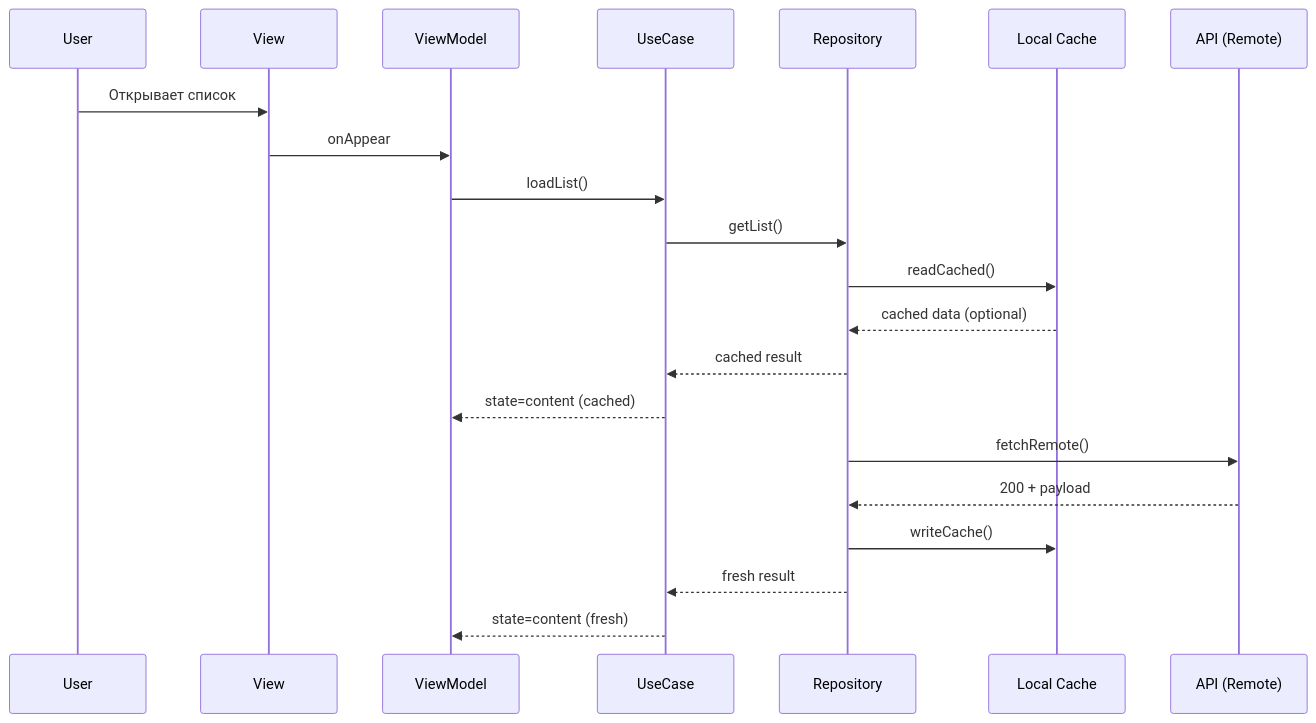
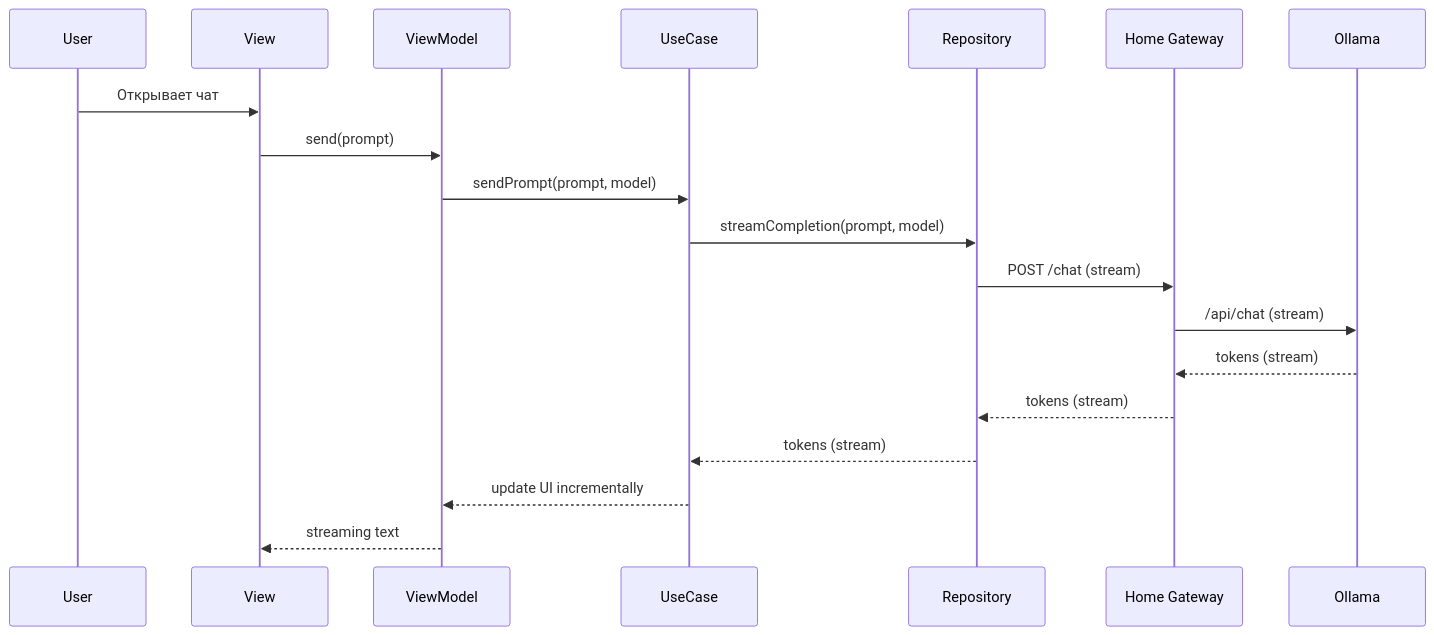
The third of 4 diagrams in src/docs/architecture.md (PavelGem-13g/mobile-application-development), drawn with Mermaid before and after one commit. The commit also changed other lines of this file and 6 other files, not shown here.

````diff
--- a/src/docs/architecture.md
+++ b/src/docs/architecture.md
@@ -73,24 +77,22 @@
 ```mermaid
 sequenceDiagram
   participant U as User
   participant V as View
   participant VM as ViewModel
   participant UC as UseCase
   participant R as Repository
-  participant L as Local Cache
-  participant N as API (Remote)
+  participant G as Home Gateway
+  participant O as Ollama
 
-  U->>V: Открывает список
-  V->>VM: onAppear
-  VM->>UC: loadList()
-  UC->>R: getList()
-  R->>L: readCached()
-  L-->>R: cached data (optional)
-  R-->>UC: cached result
-  UC-->>VM: state=content (cached)
-  R->>N: fetchRemote()
-  N-->>R: 200 + payload
-  R->>L: writeCache()
-  R-->>UC: fresh result
-  UC-->>VM: state=content (fresh)
+  U->>V: Открывает чат
+  V->>VM: send(prompt)
+  VM->>UC: sendPrompt(prompt, model)
+  UC->>R: streamCompletion(prompt, model)
+  R->>G: POST /chat (stream)
+  G->>O: /api/chat (stream)
+  O-->>G: tokens (stream)
+  G-->>R: tokens (stream)
+  R-->>UC: tokens (stream)
+  UC-->>VM: update UI incrementally
+  VM-->>V: streaming text
 ```
````
